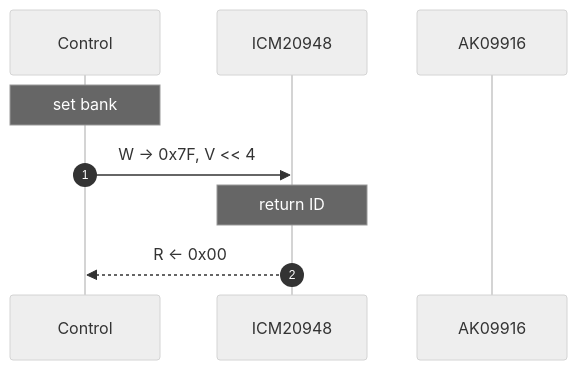
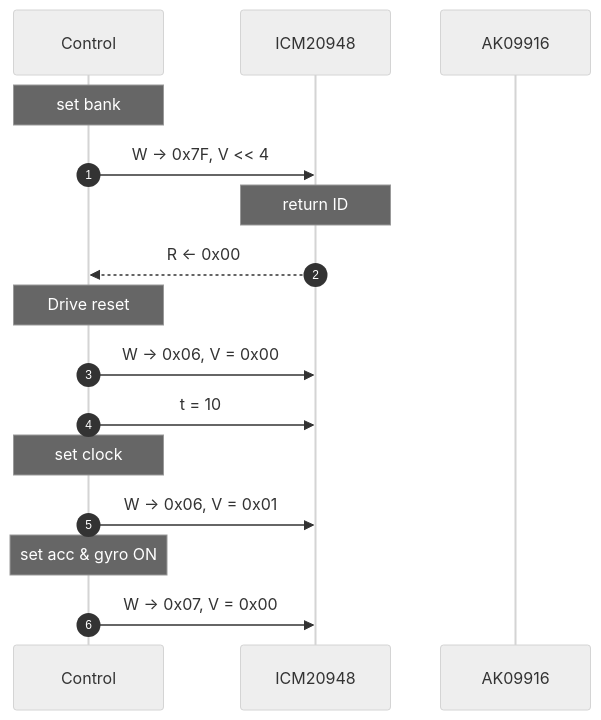
One commit to hkdickyko/hkdickyko.github.io changed the diagram in _posts/2025-04-06-mdchart.md. Above: the diagram before and after it, drawn with Mermaid (neutral theme). The commit also changed other lines of this file, not shown here.

```diff
--- a/_posts/2025-04-06-mdchart.md
+++ b/_posts/2025-04-06-mdchart.md
@@ -51,11 +52,18 @@
 <div class="mermaid">
 sequenceDiagram;
    autonumber;
    participant C as Control; 
    participant I as ICM20948;
    participant A as AK09916;
    note over C: set bank;
    C->>I: W -> 0x7F, V << 4;
    note over I: return ID;
    I-->>C: R <- 0x00;
+   note over C: Drive reset;
+   C->>I: W -> 0x06, V = 0x00;
+   C->>I: t = 10;
+   note over C: set clock;
+   C->>I: W -> 0x06, V = 0x01;
+   note over C: set acc & gyro ON;
+   C->>I: W -> 0x07, V = 0x00;
 </div>
```
